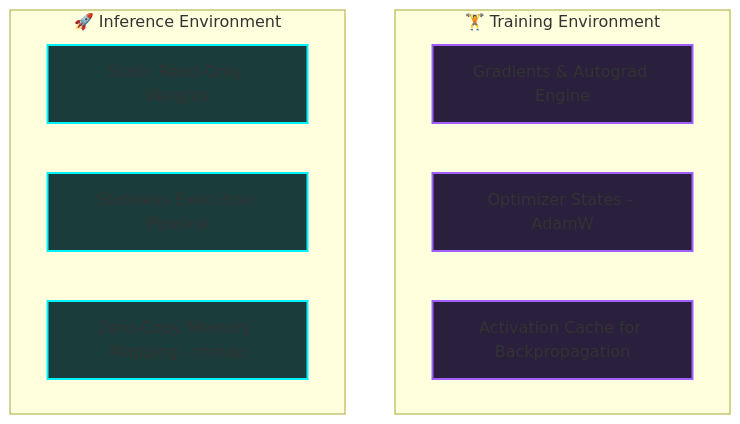
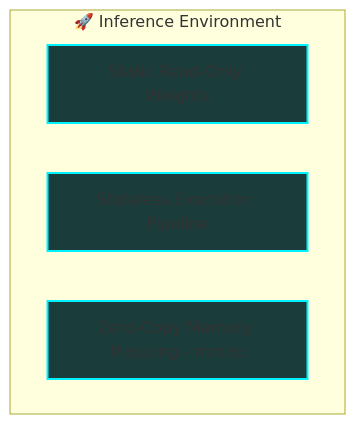
One commit to narenandu/narenvadapalli_dot_com changed the second of 2 diagrams in contents/blog/0045-basics-of-ai-inference/index.md. Above: the diagram before and after it, drawn with Mermaid.

Commit message:
style: stack Training vs Inference Mermaid diagrams vertically for better readability

````diff
--- a/contents/blog/0045-basics-of-ai-inference/index.md
+++ b/contents/blog/0045-basics-of-ai-inference/index.md
@@ -46,20 +58,11 @@
 ```mermaid
 graph TD
-    subgraph TrainingStack ["🏋️ Training Environment"]
-        T1[Gradients & Autograd Engine]
-        T2[Optimizer States - AdamW]
-        T3[Activation Cache for Backpropagation]
-    end
-
     subgraph InferenceStack ["🚀 Inference Environment"]
         I1[Static Read-Only Weights]
         I2[Stateless Execution Pipeline]
         I3[Zero-Copy Memory Mapping - mmap]
     end
 
-    classDef training fill:#2a1f3d,stroke:#a15eff,stroke-width:2px;
     classDef inference fill:#1a3d3c,stroke:#00f2fe,stroke-width:2px;
-    
-    class T1,T2,T3 training;
     class I1,I2,I3 inference;
 ```
````
